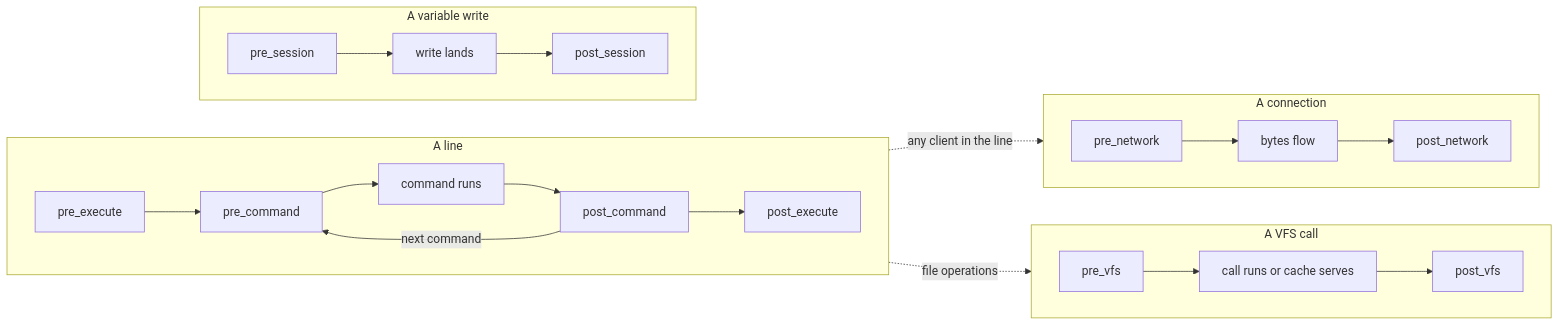
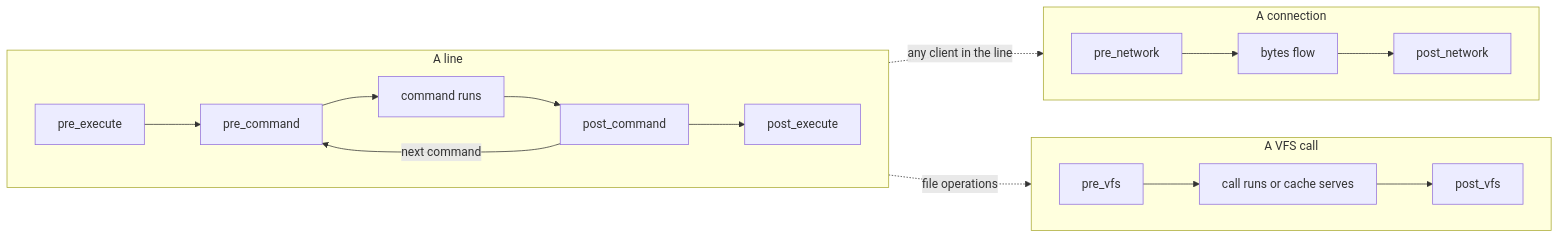
One commit to strukto-ai/mirage changed the diagram in docs/home/policy/policies.mdx. Above: the diagram before and after it, drawn with Mermaid. The commit also changed other lines of this file and 181 other files, not shown here.

First line of the commit message:
Drop the pre_session and post_session hooks; protect variables in the profile

````diff
--- a/docs/home/policy/policies.mdx
+++ b/docs/home/policy/policies.mdx
@@ -70,22 +70,18 @@
 ```mermaid
 flowchart LR
     subgraph line["A line"]
         direction LR
         PE["pre_execute"] --> PC["pre_command"] --> Run["command runs"] --> PoC["post_command"] --> PoE["post_execute"]
         PoC -- "next command" --> PC
     end
     subgraph call["A VFS call"]
         direction LR
         PV["pre_vfs"] --> Op["call runs or cache serves"] --> PoV["post_vfs"]
     end
     Run -. file operations .-> PV
-    subgraph write["A variable write"]
-        direction LR
-        PS["pre_session"] --> Land["write lands"] --> PoS["post_session"]
-    end
     subgraph connection["A connection"]
         direction LR
         PN["pre_network"] --> Send["bytes flow"] --> PoN["post_network"]
     end
     Run -. any client in the line .-> PN
 ```
````
